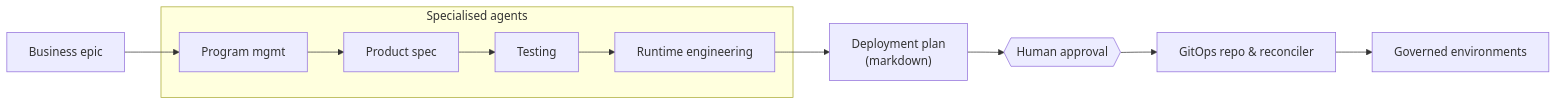
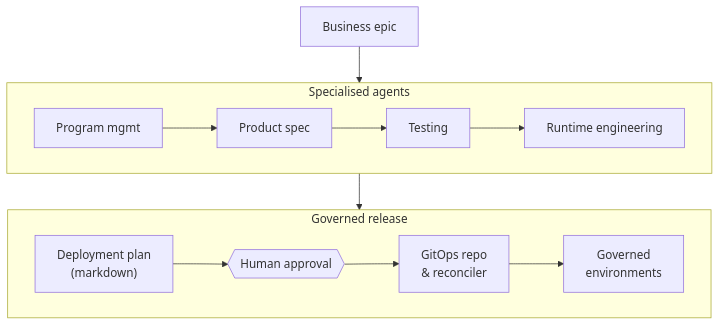
Before and after one commit to sachiachar/sachidananda-karkala: the diagram in diagrams/software-factory.mmd, drawn with Mermaid. The commit also changed 28 other files, not shown here.

```diff
--- a/diagrams/software-factory.mmd
+++ b/diagrams/software-factory.mmd
@@ -1,13 +1,11 @@
-flowchart LR
+flowchart TB
   epic["Business epic"]
   subgraph factory["Specialised agents"]
-    pm["Program mgmt"]
-    pdm["Product spec"]
-    qa["Testing"]
-    re["Runtime engineering"]
+    direction LR
+    pm["Program mgmt"] --> pdm["Product spec"] --> qa["Testing"] --> re["Runtime engineering"]
   end
-  plan["Deployment plan<br/>(markdown)"]
-  hitl{{"Human approval"}}
-  gitops["GitOps repo & reconciler"]
-  env["Governed environments"]
-  epic --> pm --> pdm --> qa --> re --> plan --> hitl --> gitops --> env
+  subgraph release["Governed release"]
+    direction LR
+    plan["Deployment plan<br/>(markdown)"] --> hitl{{"Human approval"}} --> gitops["GitOps repo<br/>& reconciler"] --> env["Governed<br/>environments"]
+  end
+  epic --> factory --> release
```
